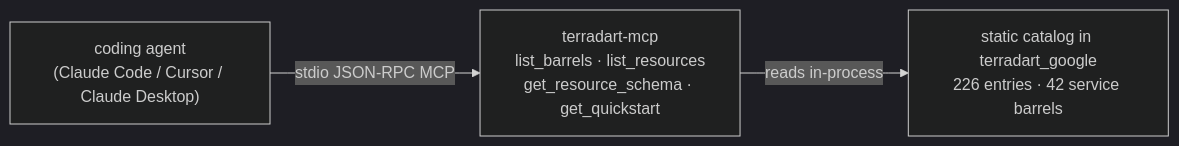
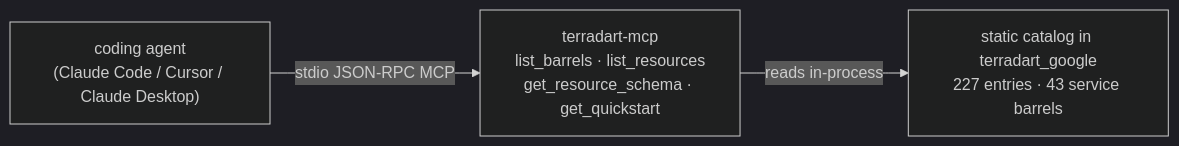
Before and after one commit to nozomi-koborinai/terradart: the diagram in website/src/content/docs/docs/agent/index.md, drawn with Mermaid (dark theme). The commit also changed other lines of this file and 27 other files, not shown here.

````diff
--- a/website/src/content/docs/docs/agent/index.md
+++ b/website/src/content/docs/docs/agent/index.md
@@ -12,8 +12,8 @@
 ```mermaid
 graph LR
   agent["coding agent<br/>(Claude Code / Cursor / Claude Desktop)"]
   mcp["terradart-mcp<br/>list_barrels · list_resources<br/>get_resource_schema · get_quickstart"]
-  catalog["static catalog in terradart_google<br/>226 entries · 42 service barrels"]
+  catalog["static catalog in terradart_google<br/>227 entries · 43 service barrels"]
   agent -->|stdio JSON-RPC MCP| mcp
   mcp -->|reads in-process| catalog
 ```
````
